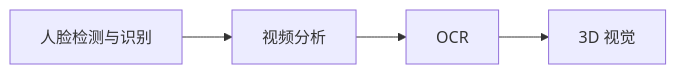
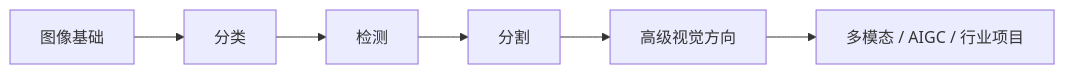
One commit to oudbiao/AI-fullstack-course changed the first of 2 diagrams in docs/stage6/ch05-advanced/00-roadmap.md. Above: the diagram before and after it, drawn with Mermaid. The commit also changed other lines of this file and 13 other files, not shown here.

````diff
--- a/docs/stage6/ch05-advanced/00-roadmap.md
+++ b/docs/stage6/ch05-advanced/00-roadmap.md
@@ -14,6 +18,8 @@
 ```mermaid
 flowchart LR
-    A["人脸检测与识别"] --> B["视频分析"]
-    B --> C["OCR"]
-    C --> D["3D 视觉"]
+  A[图像基础] --> B[分类]
+  B --> C[检测]
+  C --> D[分割]
+  D --> E[高级视觉方向]
+  E --> F[多模态 / AIGC / 行业项目]
 ```
````
